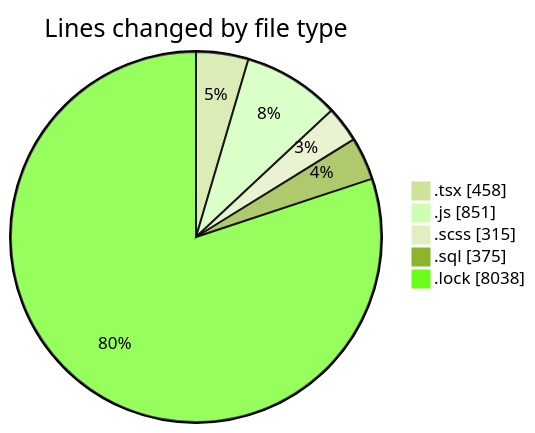
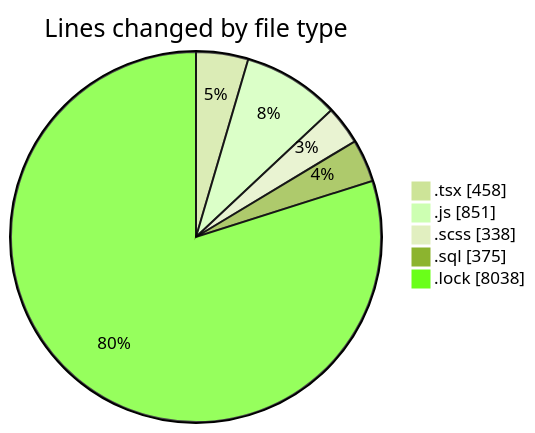
The first of 2 diagrams in 2025-03-18/cda/README.md (momahboobian/code-tracking), drawn with Mermaid (forest theme) before and after one commit. The commit also changed other lines of this file and 1 other file, not shown here.

````diff
--- a/2025-03-18/cda/README.md
+++ b/2025-03-18/cda/README.md
@@ -30,9 +30,9 @@
 ```mermaid
 pie showData
 title Lines changed by file type
 ".tsx" : 458
 ".js" : 851
-".scss" : 315
+".scss" : 338
 ".sql" : 375
 ".lock" : 8038
 ```
````
